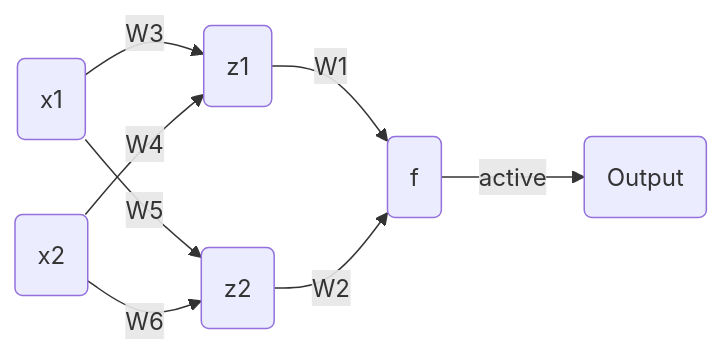
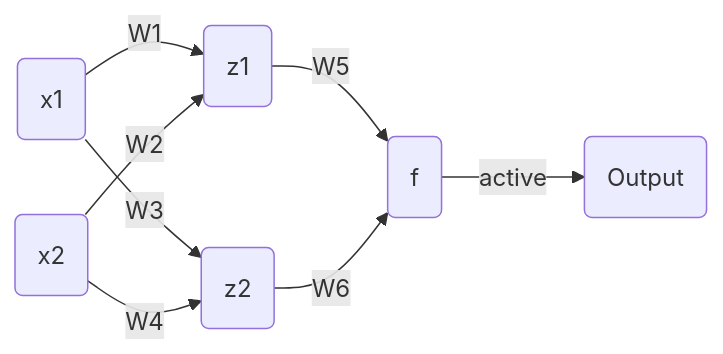
The diagram in EP04 加一层/EP04.md (MHYCWasTaken/Birth-of-an-AI), drawn with Mermaid before and after one commit. The commit also changed other lines of this file and 6 other files, not shown here.

````diff
--- a/EP04 加一层/EP04.md
+++ b/EP04 加一层/EP04.md
@@ -25,16 +27,16 @@
 ```mermaid
 graph LR
 a(x1)
 b(x2)
 c(z1)
 d(z2)
 e(f)
 f(Output)
-a --W3--> c
-b --W4--> c
-a --W5--> d
-b --W6--> d
-c --W1--> e
-d --W2--> e
+a --W1--> c
+b --W2--> c
+a --W3--> d
+b --W4--> d
+c --W5--> e
+d --W6--> e
 e --active--> f
 ```
````
